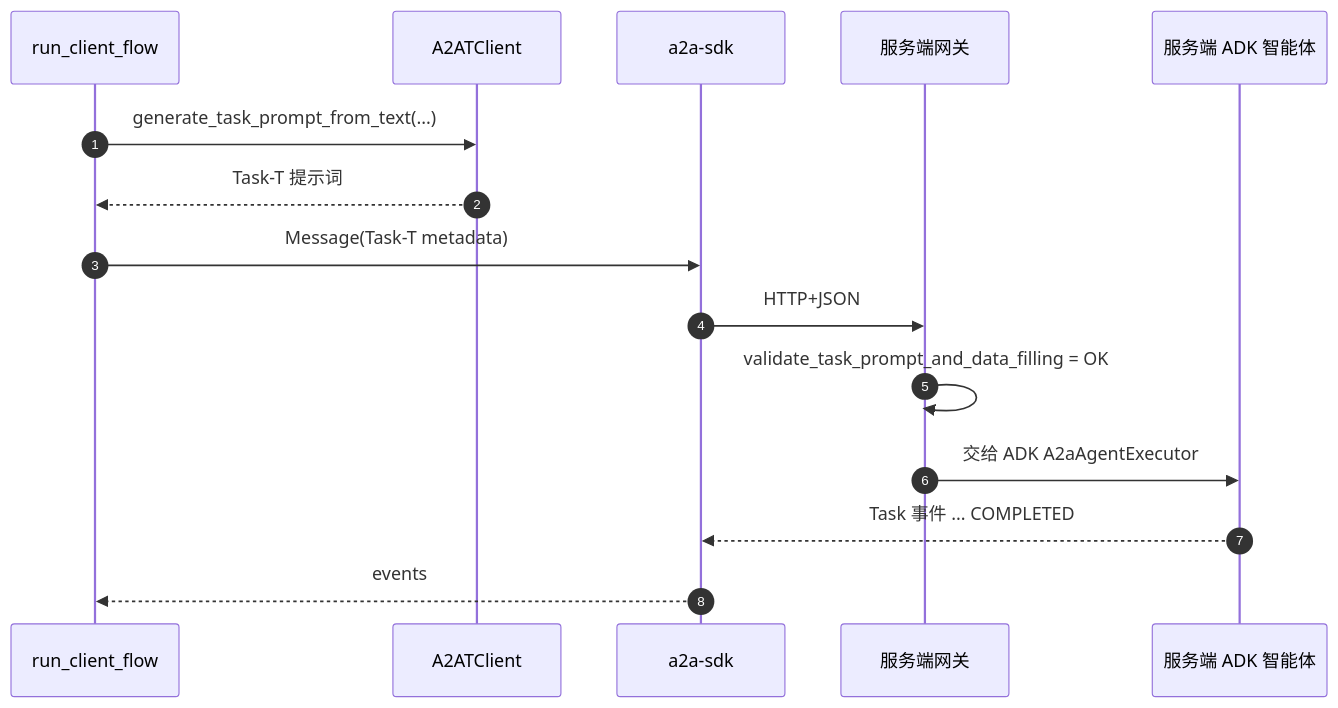
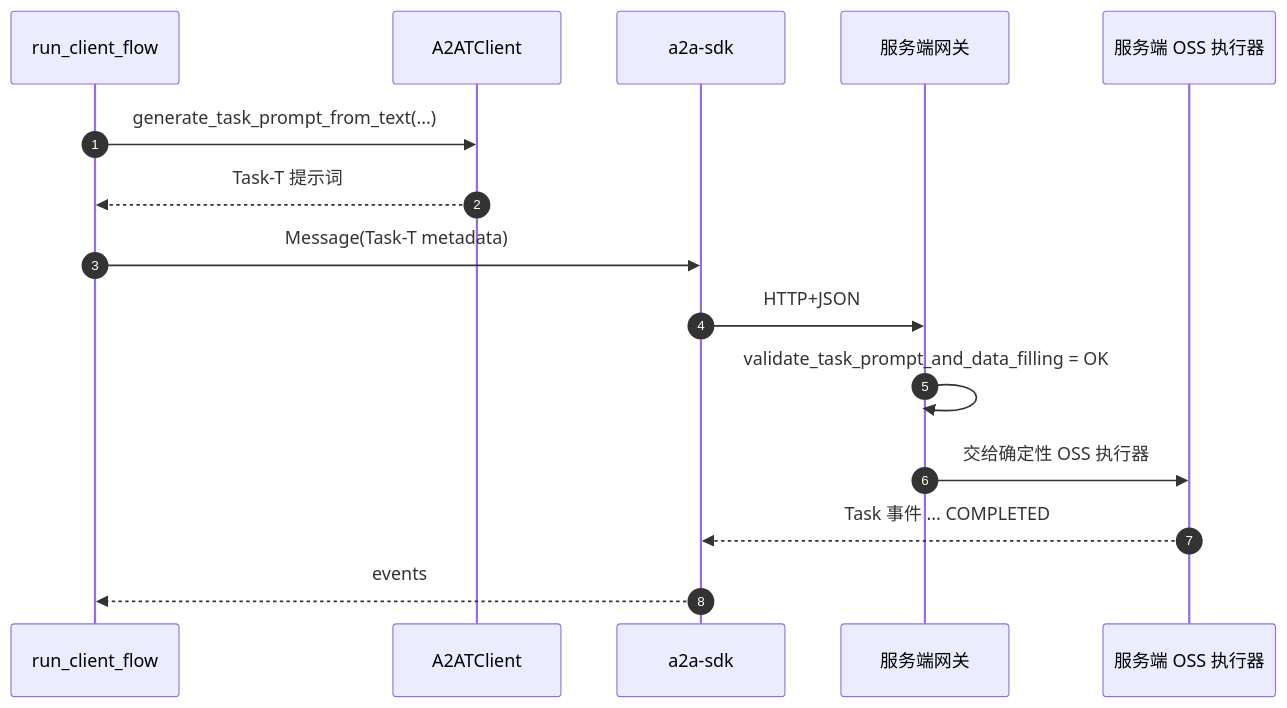
One commit to codetalks-hw/a2a-t-sdk-python changed the fourth of 6 diagrams in a2a-t-sample/ran-energy-saving/README-zh.md. Above: the diagram before and after it, drawn with Mermaid. The commit also changed other lines of this file and 32 other files, not shown here.

````diff
--- a/a2a-t-sample/ran-energy-saving/README-zh.md
+++ b/a2a-t-sample/ran-energy-saving/README-zh.md
@@ -184,17 +187,17 @@
 ```mermaid
 sequenceDiagram
     autonumber
     participant F as run_client_flow
     participant T as A2ATClient
     participant A as a2a-sdk
     participant G as 服务端网关
-    participant X as 服务端 ADK 智能体
+    participant X as 服务端 OSS 执行器
     F->>T: generate_task_prompt_from_text(...)
     T-->>F: Task-T 提示词
     F->>A: Message(Task-T metadata)
     A->>G: HTTP+JSON
     G->>G: validate_task_prompt_and_data_filling = OK
-    G->>X: 交给 ADK A2aAgentExecutor
+    G->>X: 交给确定性 OSS 执行器
     X-->>A: Task 事件 ... COMPLETED
     A-->>F: events
 ```
````
